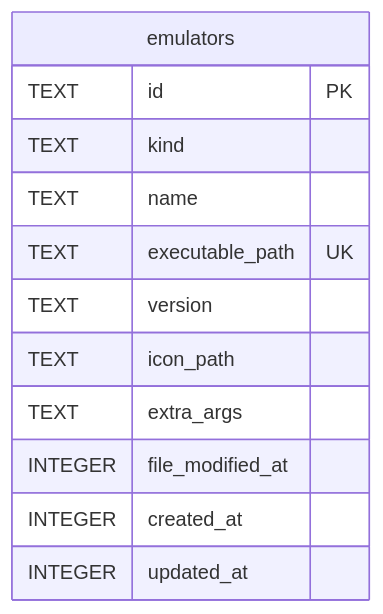
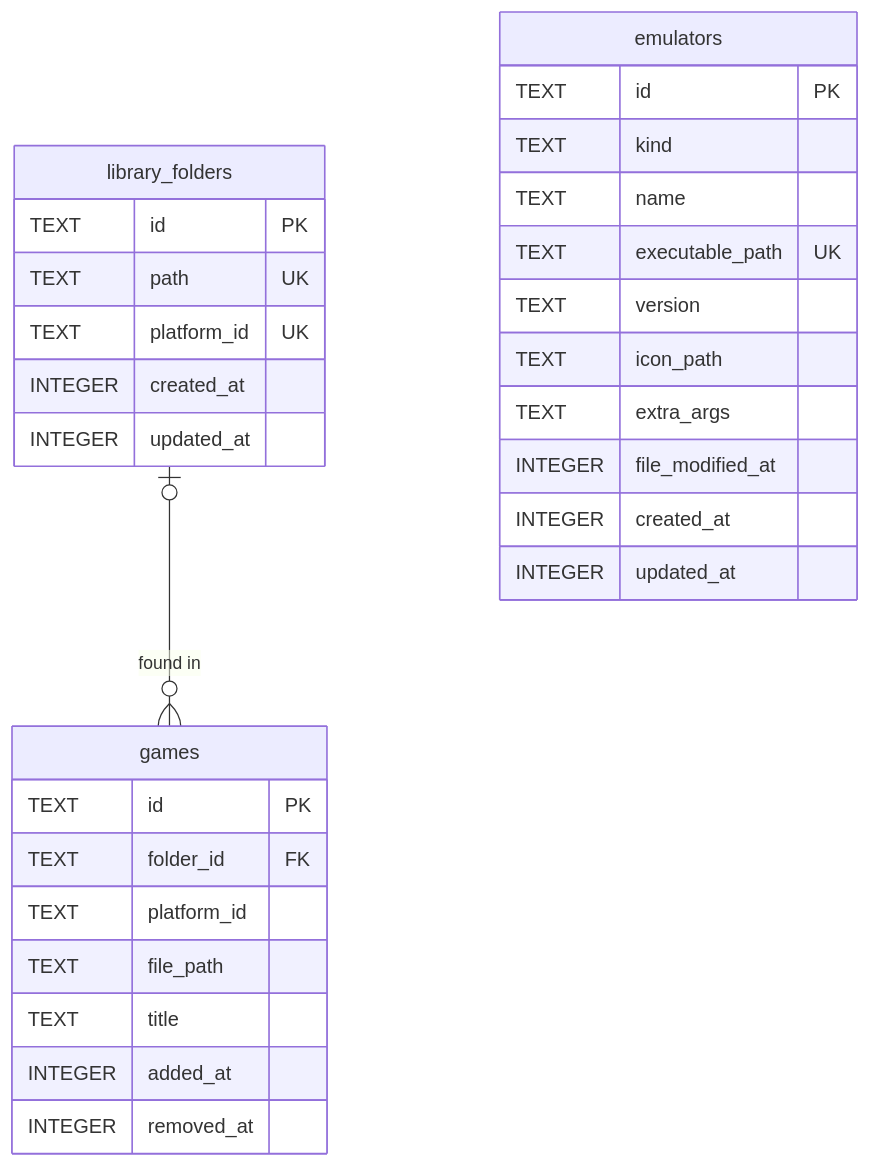
The first of 2 diagrams in DATABASE.md (alexisiba/ilnamiki), drawn with Mermaid before and after one commit. The commit also changed other lines of this file and 15 other files, not shown here.

First line of the commit message:
Save a scanned folder with its playable games

````diff
--- a/DATABASE.md
+++ b/DATABASE.md
@@ -50,15 +50,33 @@
 ```mermaid
 erDiagram
+    library_folders |o--o{ games : "found in"
+
     emulators {
         TEXT id PK
         TEXT kind
         TEXT name
         TEXT executable_path UK
         TEXT version
         TEXT icon_path
         TEXT extra_args
         INTEGER file_modified_at
         INTEGER created_at
         INTEGER updated_at
     }
+    library_folders {
+        TEXT id PK
+        TEXT path UK
+        TEXT platform_id UK
+        INTEGER created_at
+        INTEGER updated_at
+    }
+    games {
+        TEXT id PK
+        TEXT folder_id FK
+        TEXT platform_id
+        TEXT file_path
+        TEXT title
+        INTEGER added_at
+        INTEGER removed_at
+    }
 ```
````
